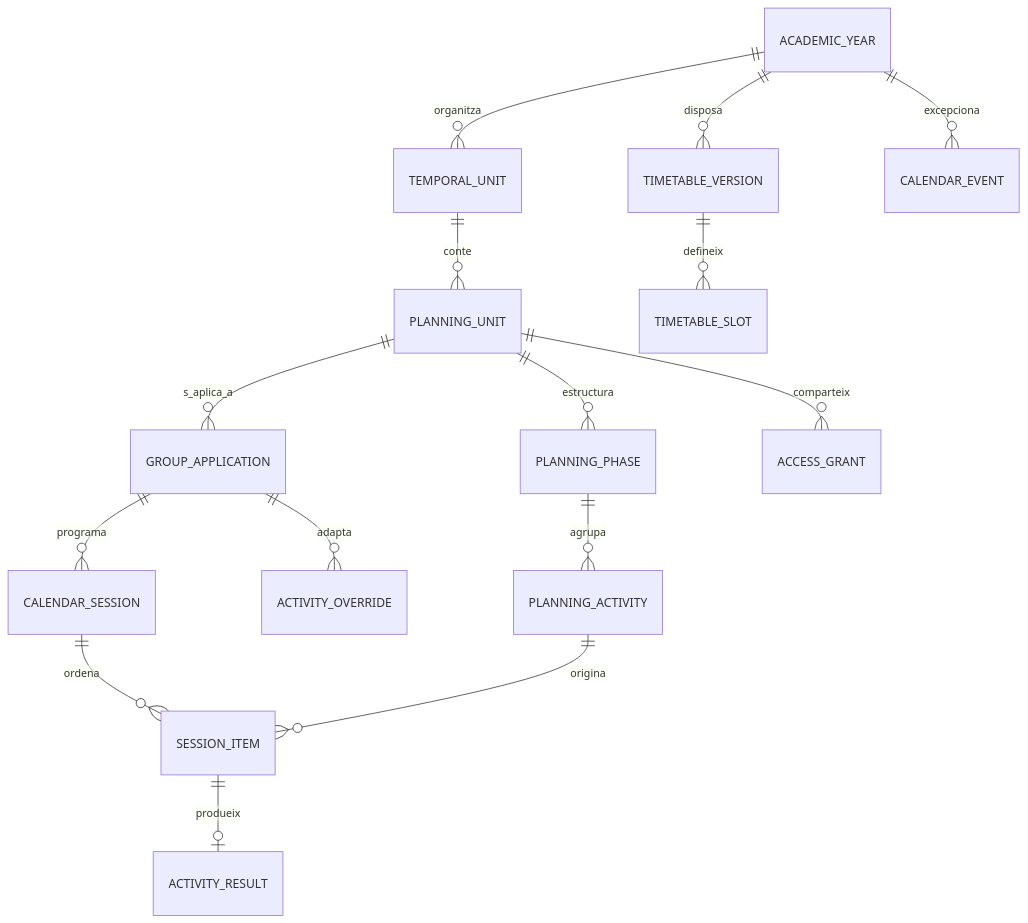
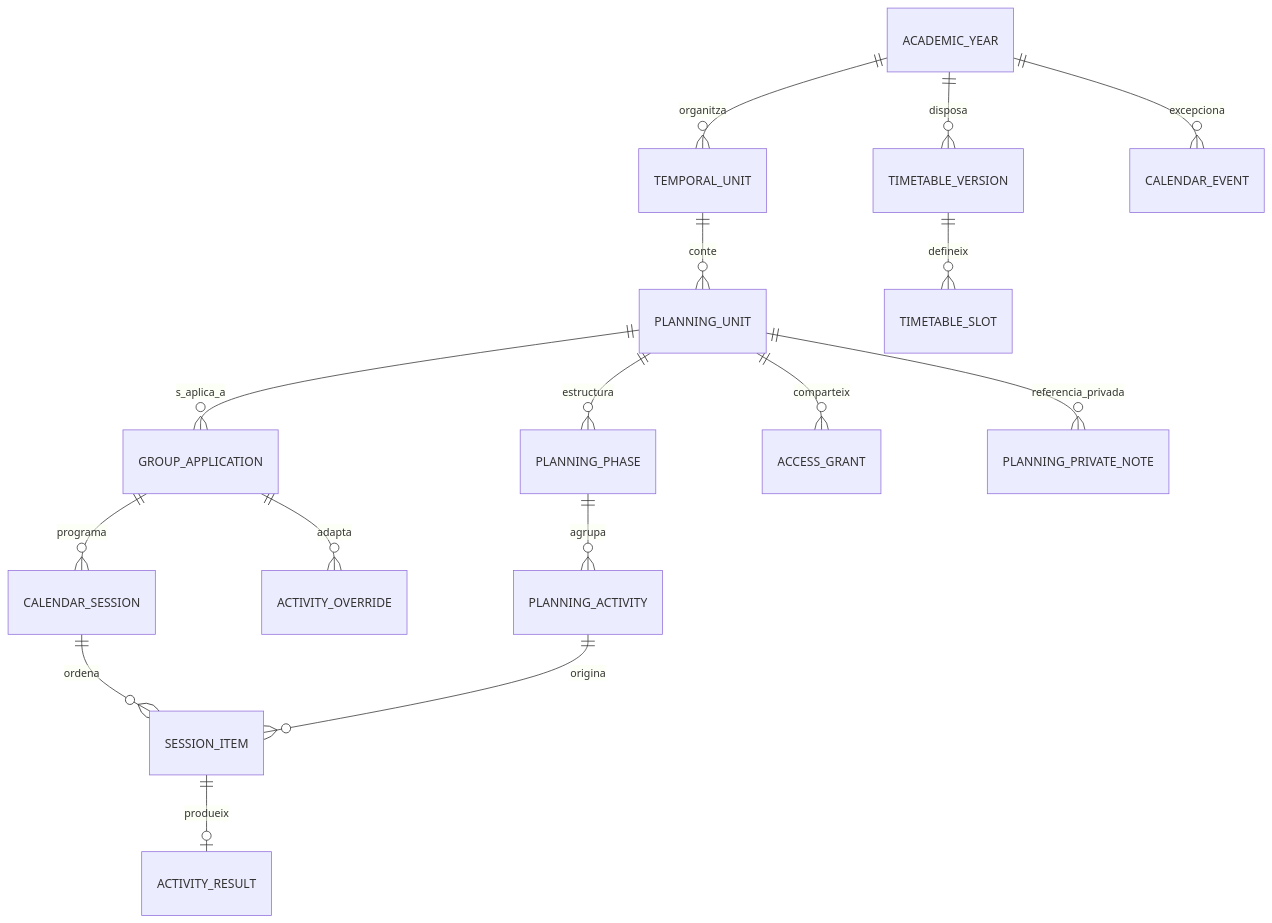
The diagram in docs/data-model/planificacio-v1.md (MarcPCasals/avaluapro), drawn with Mermaid before and after one commit. The commit also changed other lines of this file and 13 other files, not shown here.

````diff
--- a/docs/data-model/planificacio-v1.md
+++ b/docs/data-model/planificacio-v1.md
@@ -7,17 +7,18 @@
 ```mermaid
 erDiagram
     ACADEMIC_YEAR ||--o{ TEMPORAL_UNIT : organitza
     ACADEMIC_YEAR ||--o{ TIMETABLE_VERSION : disposa
     TEMPORAL_UNIT ||--o{ PLANNING_UNIT : conte
     PLANNING_UNIT ||--o{ PLANNING_PHASE : estructura
     PLANNING_PHASE ||--o{ PLANNING_ACTIVITY : agrupa
     PLANNING_UNIT ||--o{ GROUP_APPLICATION : s_aplica_a
     GROUP_APPLICATION ||--o{ ACTIVITY_OVERRIDE : adapta
     TIMETABLE_VERSION ||--o{ TIMETABLE_SLOT : defineix
     GROUP_APPLICATION ||--o{ CALENDAR_SESSION : programa
     CALENDAR_SESSION ||--o{ SESSION_ITEM : ordena
     PLANNING_ACTIVITY ||--o{ SESSION_ITEM : origina
     SESSION_ITEM ||--o| ACTIVITY_RESULT : produeix
     PLANNING_UNIT ||--o{ ACCESS_GRANT : comparteix
     ACADEMIC_YEAR ||--o{ CALENDAR_EVENT : excepciona
+    PLANNING_UNIT ||--o{ PLANNING_PRIVATE_NOTE : referencia_privada
 ```
````
